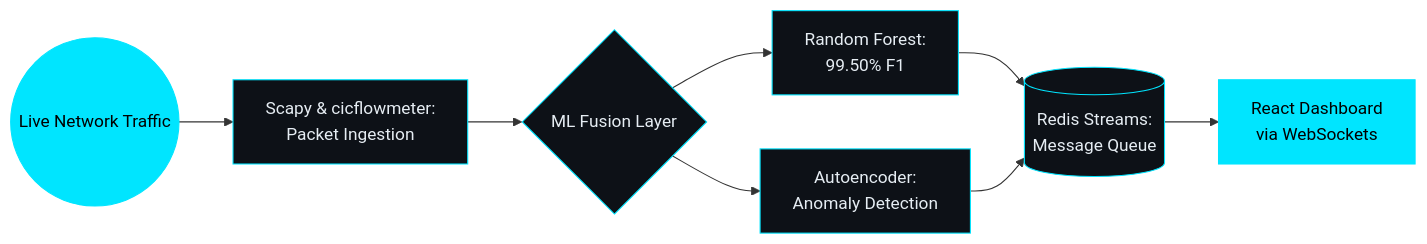
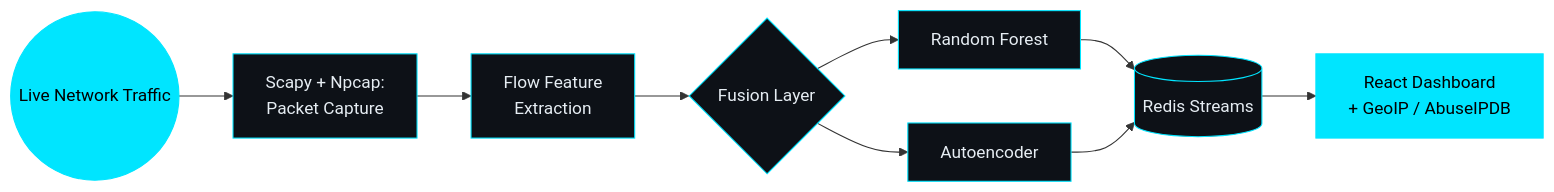
One commit to visalsattar/visalsattar changed the diagram in README.md. Above: the diagram before and after it, drawn with Mermaid. The commit also changed other lines of this file, not shown here.

````diff
--- a/README.md
+++ b/README.md
@@ -33,14 +37,15 @@
 ```mermaid
 graph LR
-    A((Live Network Traffic)) --> B[Scapy & cicflowmeter: <br> Packet Ingestion]
-    B --> C{ML Fusion Layer}
-    C --> D[Random Forest: <br> 99.50% F1]
-    C --> E[Autoencoder: <br> Anomaly Detection]
-    D --> F[(Redis Streams: <br> Message Queue)]
-    E --> F
-    F --> G[React Dashboard <br> via WebSockets]
+    A((Live Network Traffic)) --> B[Scapy + Npcap: <br> Packet Capture]
+    B --> C[Flow Feature <br> Extraction]
+    C --> D{Fusion Layer}
+    D --> E[Random Forest]
+    D --> F[Autoencoder]
+    E --> G[(Redis Streams)]
+    F --> G
+    G --> H[React Dashboard <br> + GeoIP / AbuseIPDB]
 
     classDef default fill:#0D1117,stroke:#00E5FF,stroke-width:1px,color:#E6EDF3;
     classDef highlight fill:#00E5FF,stroke:#00E5FF,color:#000000;
-    class A,G highlight;
+    class A,H highlight;
 ```
````
